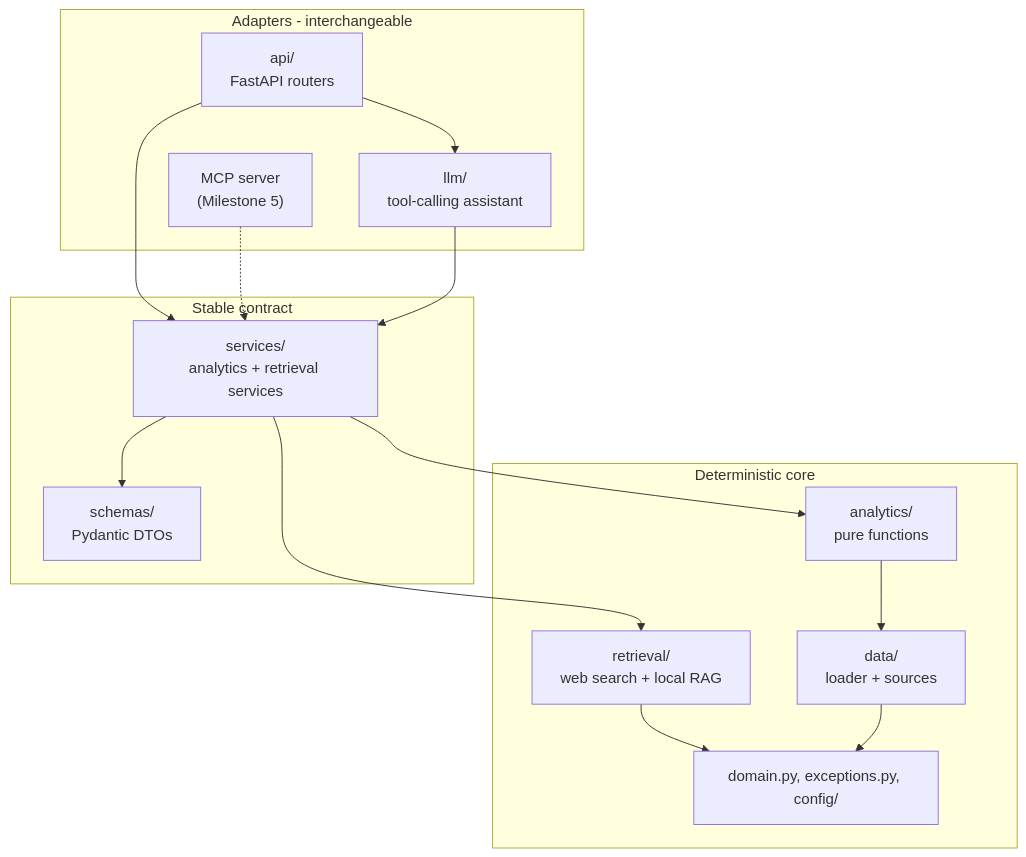
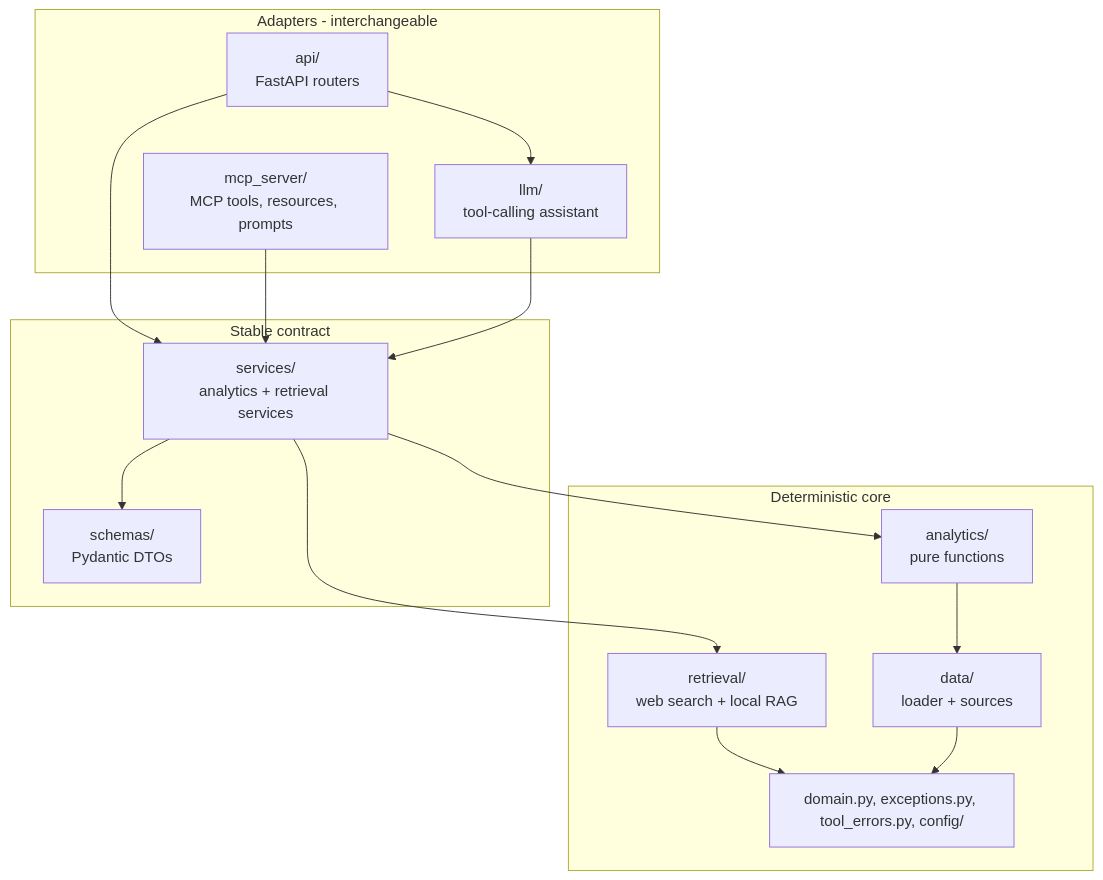
One commit to dcoelho045/NFL-Intelligence-Platform changed the first of 2 diagrams in docs/architecture.md. Above: the diagram before and after it, drawn with Mermaid. The commit also changed other lines of this file and 46 other files, not shown here.

Commit message:
Milestone 5 - MCP Tools

````diff
--- a/docs/architecture.md
+++ b/docs/architecture.md
@@ -7,29 +7,29 @@
 ```mermaid
 graph TD
     subgraph adapters["Adapters - interchangeable"]
         API["api/<br/>FastAPI routers"]
-        MCP["MCP server<br/>(Milestone 5)"]
+        MCP["mcp_server/<br/>MCP tools, resources, prompts"]
         TOOLS["llm/<br/>tool-calling assistant"]
     end
     subgraph contract["Stable contract"]
         SCHEMAS["schemas/<br/>Pydantic DTOs"]
         SERVICES["services/<br/>analytics + retrieval services"]
     end
     subgraph core["Deterministic core"]
         ANALYTICS["analytics/<br/>pure functions"]
         RETRIEVAL["retrieval/<br/>web search + local RAG"]
         DATA["data/<br/>loader + sources"]
-        DOMAIN["domain.py, exceptions.py, config/"]
+        DOMAIN["domain.py, exceptions.py, tool_errors.py, config/"]
     end
 
     API --> SERVICES
     API --> TOOLS
-    MCP -.-> SERVICES
+    MCP --> SERVICES
     TOOLS --> SERVICES
     SERVICES --> SCHEMAS
     SERVICES --> ANALYTICS
     SERVICES --> RETRIEVAL
     ANALYTICS --> DATA
     RETRIEVAL --> DOMAIN
     DATA --> DOMAIN
 ```
````
